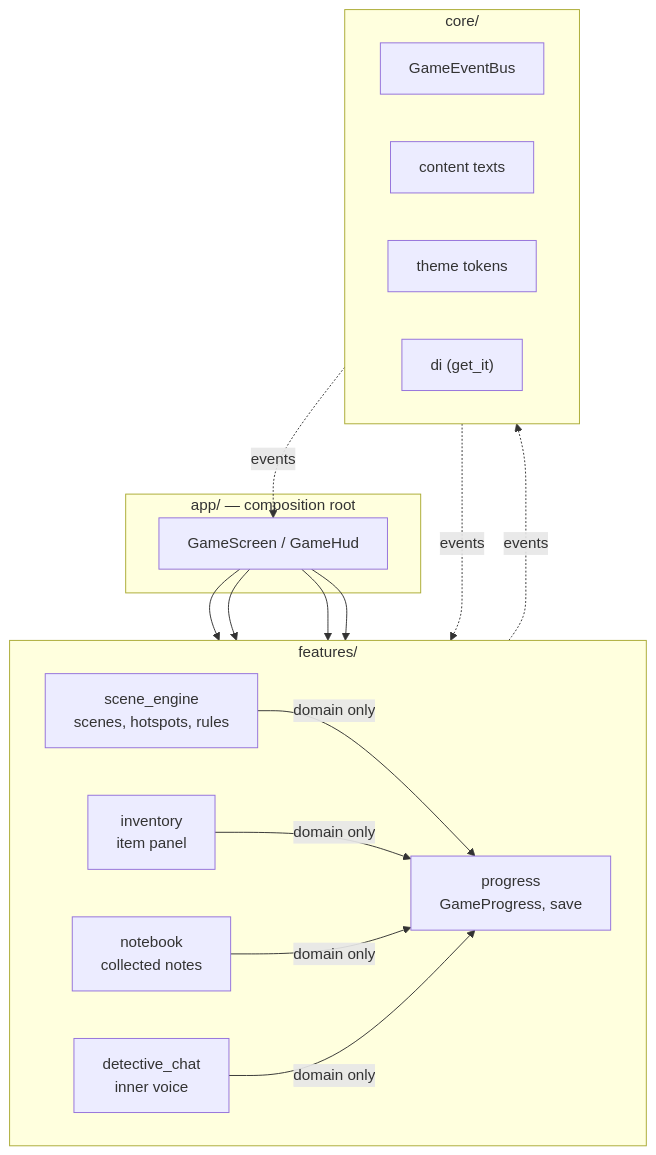
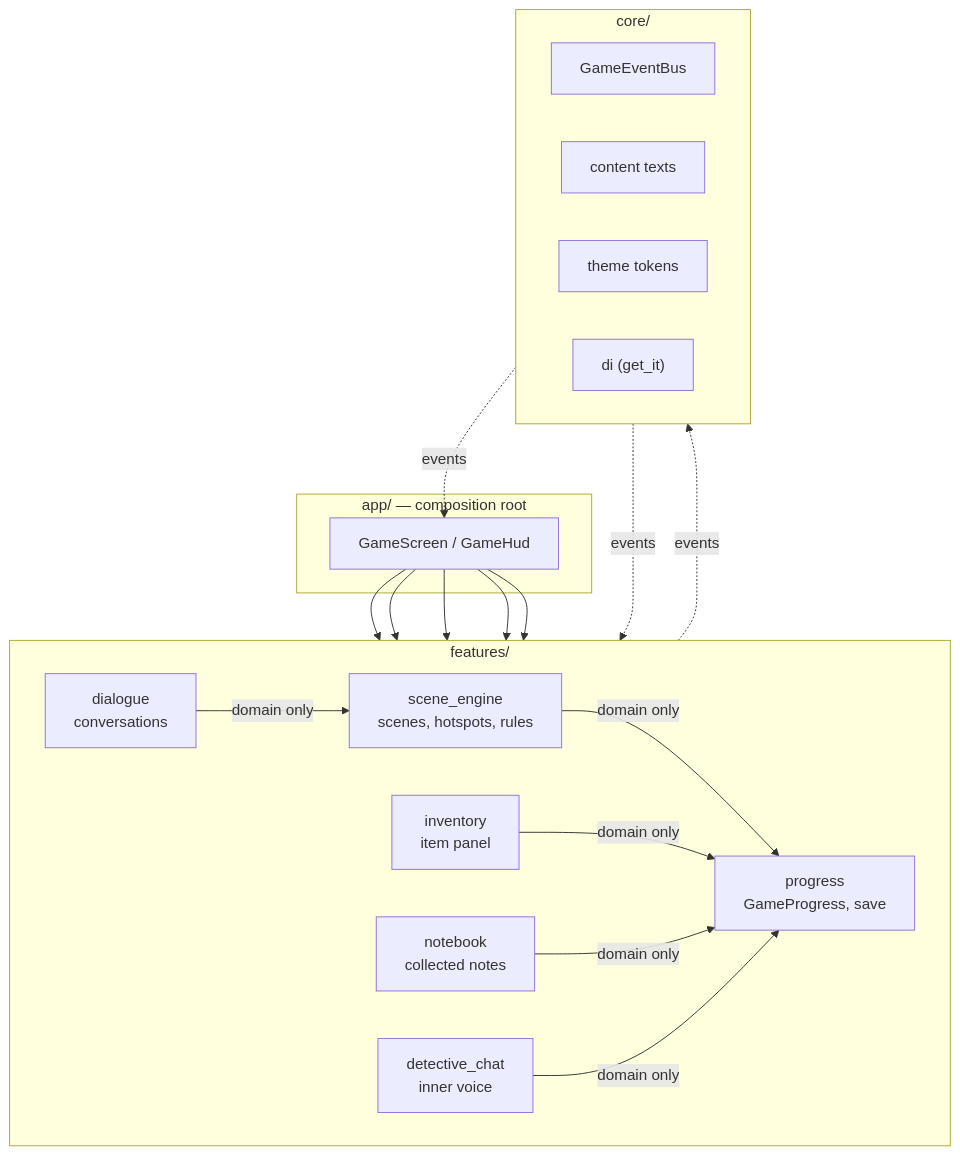
The first of 3 diagrams in README.md (asklife23/DetectiveDark), drawn with Mermaid before and after one commit. The commit also changed other lines of this file and 6 other files, not shown here.

````diff
--- a/README.md
+++ b/README.md
@@ -70,31 +83,33 @@
 ```mermaid
 flowchart TB
     subgraph app["app/ — composition root"]
         GameScreen["GameScreen / GameHud"]
     end
 
     subgraph features["features/"]
         direction LR
         scene["scene_engine<br/>scenes, hotspots, rules"]
         inventory["inventory<br/>item panel"]
         notebook["notebook<br/>collected notes"]
+        dialogue["dialogue<br/>conversations"]
         chat["detective_chat<br/>inner voice"]
         progress["progress<br/>GameProgress, save"]
     end
 
     subgraph core["core/"]
         direction LR
         events["GameEventBus"]
         content["content texts"]
         theme["theme tokens"]
         di["di (get_it)"]
     end
 
-    GameScreen --> scene & inventory & notebook & chat
+    GameScreen --> scene & inventory & notebook & dialogue & chat
+    dialogue -- domain only --> scene
     scene -- domain only --> progress
     inventory -- domain only --> progress
     notebook -- domain only --> progress
     chat -- domain only --> progress
     scene -. events .-> events
     events -. events .-> GameScreen & chat
 ```
````
